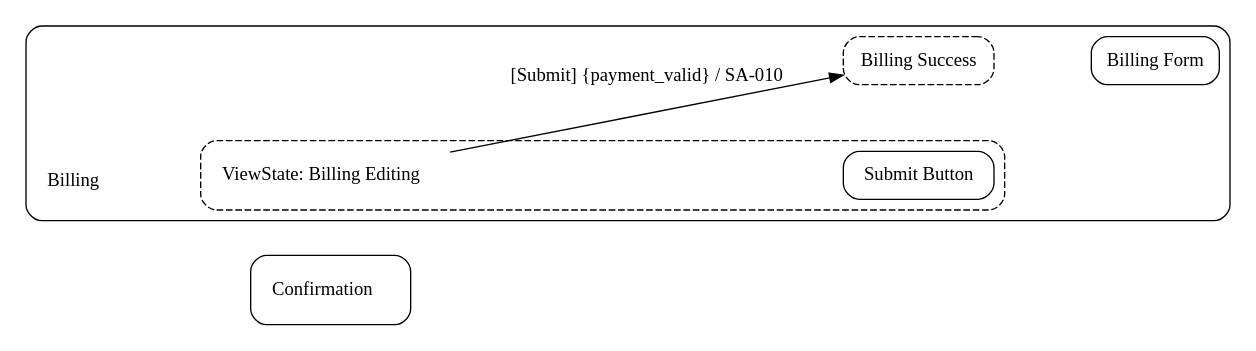
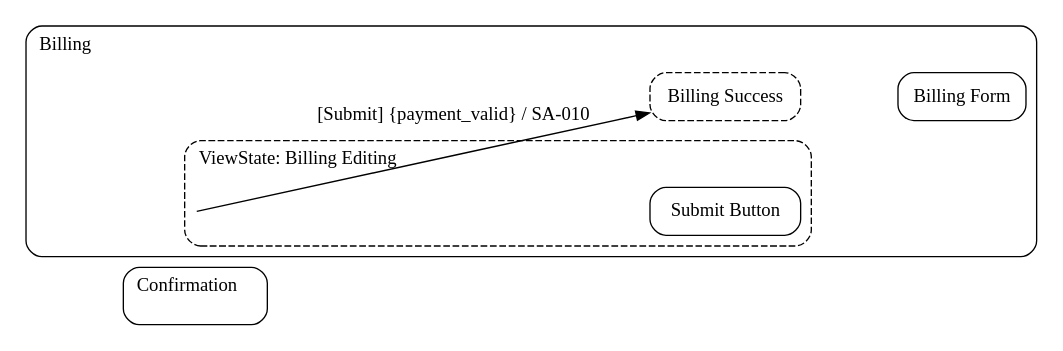
Before and after one commit to knutopia/Structured-Design-Documents: the diagram in examples/rendered/v0.1/ui_contracts_diagram_type/place_viewstate_transition_example/simple_profile/place_viewstate_transition.ui_contracts.dot, drawn with Graphviz. The commit also changed 29 other files, not shown here.

```diff
--- a/examples/rendered/v0.1/ui_contracts_diagram_type/place_viewstate_transition_example/simple_profile/place_viewstate_transition.ui_contracts.dot
+++ b/examples/rendered/v0.1/ui_contracts_diagram_type/place_viewstate_transition_example/simple_profile/place_viewstate_transition.ui_contracts.dot
@@ -1,26 +1,26 @@
 digraph ui_contracts {
   rankdir=LR;
   graph [fontname="Public Sans", compound=true, nodesep=0.7, ranksep=1.0];
   node [fontname="Public Sans"];
   edge [fontname="Public Sans"];
   subgraph cluster_P_010 {
-    graph [label="", style="rounded"];
-    "P-010__title" [shape="plaintext", label="Billing\l"];
+    graph [label=<<TABLE BORDER="0" CELLBORDER="0" CELLPADDING="0"><TR><TD ALIGN="LEFT">Billing</TD></TR></TABLE>>, style="rounded", labelloc="t", labeljust="l"];
+    "P-010__anchor" [label="", shape="point", width=0, height=0, style="invis"];
     subgraph cluster_VS_010a {
-      graph [label="", style="rounded,dashed"];
-      "VS-010a__title" [shape="plaintext", label="ViewState: Billing Editing\l"];
+      graph [label=<<TABLE BORDER="0" CELLBORDER="0" CELLPADDING="0"><TR><TD ALIGN="LEFT">ViewState: Billing Editing</TD></TR></TABLE>>, style="rounded,dashed", labelloc="t", labeljust="l"];
+      "VS-010a__anchor" [label="", shape="point", width=0, height=0, style="invis"];
       "C-011" [shape="box", style="rounded", label="Submit Button"];
     }
     "VS-010b" [shape="box", style="rounded,dashed", label="Billing Success"];
     "C-010" [shape="box", style="rounded", label="Billing Form"];
   }
   subgraph cluster_P_011 {
-    graph [label="", style="rounded"];
-    "P-011__title" [shape="plaintext", label="Confirmation\l"];
+    graph [label=<<TABLE BORDER="0" CELLBORDER="0" CELLPADDING="0"><TR><TD ALIGN="LEFT">Confirmation</TD></TR></TABLE>>, style="rounded", labelloc="t", labeljust="l"];
+    "P-011__anchor" [label="", shape="point", width=0, height=0, style="invis"];
   }
-  "P-010__title" -> "P-011__title" [style=invis, weight=100];
-  "P-010__title" -> "VS-010a__title" [style=invis, weight=100];
+  "P-010__anchor" -> "P-011__anchor" [style=invis, weight=100];
+  "P-010__anchor" -> "VS-010a__anchor" [style=invis, weight=100];
   "VS-010b" -> "C-010" [style=invis, weight=100];
-  "VS-010a__title" -> "C-011" [style=invis, weight=100];
-  "VS-010a__title" -> "VS-010b" [label="[Submit] {payment_valid} / SA-010", style="solid", weight=4];
+  "VS-010a__anchor" -> "C-011" [style=invis, weight=100];
+  "VS-010a__anchor" -> "VS-010b" [label="[Submit] {payment_valid} / SA-010", style="solid", weight=4];
 }
```
